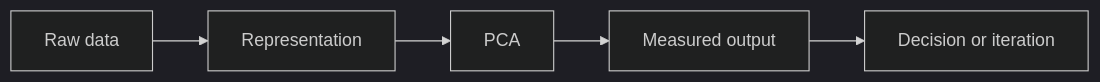
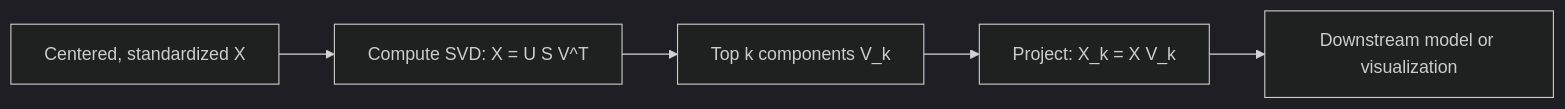
One commit to Icon1cc/Machine-Learning changed the diagram in classical-ml/13-pca.md. Above: the diagram before and after it, drawn with Mermaid (dark theme). The commit also changed other lines of this file and 264 other files, not shown here.

````diff
--- a/classical-ml/13-pca.md
+++ b/classical-ml/13-pca.md
@@ -92,7 +184,7 @@
 ```mermaid
 flowchart LR
-    A[Raw data] --> B[Representation]
-    B --> C[PCA]
-    C --> D[Measured output]
-    D --> E[Decision or iteration]
+    X[Centered, standardized X] --> S[Compute SVD: X = U S V^T]
+    S --> V[Top k components V_k]
+    V --> P[Project: X_k = X V_k]
+    P --> D[Downstream model or visualization]
 ```
````
